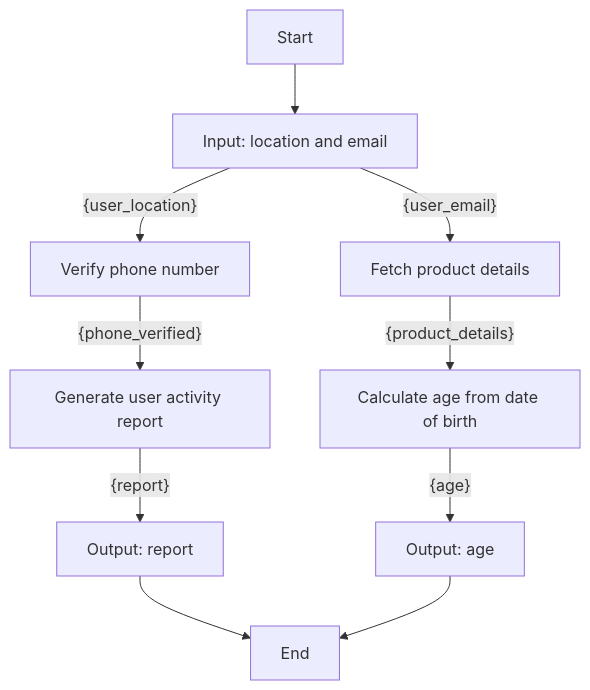
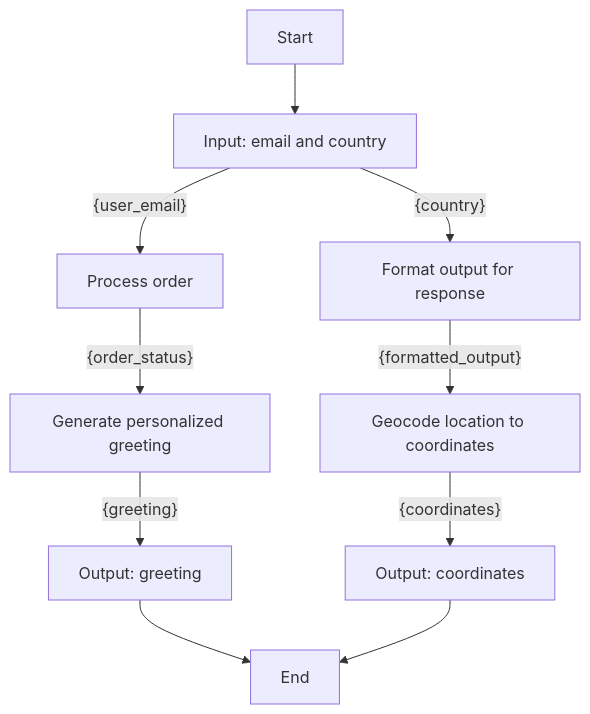
One commit to YJ-928/Temporal-Python-SDK changed the diagram in poc-dsl-compiler/input/workflows/workflow_4.md. Above: the diagram before and after it, drawn with Mermaid. The commit also changed 46 other files, not shown here.

````diff
--- a/poc-dsl-compiler/input/workflows/workflow_4.md
+++ b/poc-dsl-compiler/input/workflows/workflow_4.md
@@ -1,12 +1,12 @@
 ```mermaid
 graph TD
-    A[Start] --> B[Input: location and email]
-    B[Input: location and email] -- {user_location} --> C[Verify phone number]
-    C[Verify phone number] -- {phone_verified} --> D[Generate user activity report]
-    D[Generate user activity report] -- {report} --> E[Output: report]
-    E[Output: report] --> I[End]
-    B[Input: location and email] -- {user_email} --> F[Fetch product details]
-    F[Fetch product details] -- {product_details} --> G[Calculate age from date of birth]
-    G[Calculate age from date of birth] -- {age} --> H[Output: age]
-    H[Output: age] --> I[End]
+    A[Start] --> B[Input: email and country]
+    B[Input: email and country] -- {user_email} --> C[Process order]
+    C[Process order] -- {order_status} --> D[Generate personalized greeting]
+    D[Generate personalized greeting] -- {greeting} --> E[Output: greeting]
+    E[Output: greeting] --> I[End]
+    B[Input: email and country] -- {country} --> F[Format output for response]
+    F[Format output for response] -- {formatted_output} --> G[Geocode location to coordinates]
+    G[Geocode location to coordinates] -- {coordinates} --> H[Output: coordinates]
+    H[Output: coordinates] --> I[End]
 ```
````
